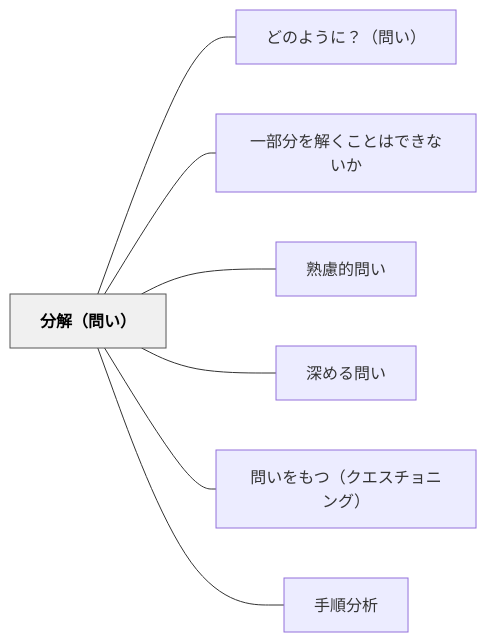
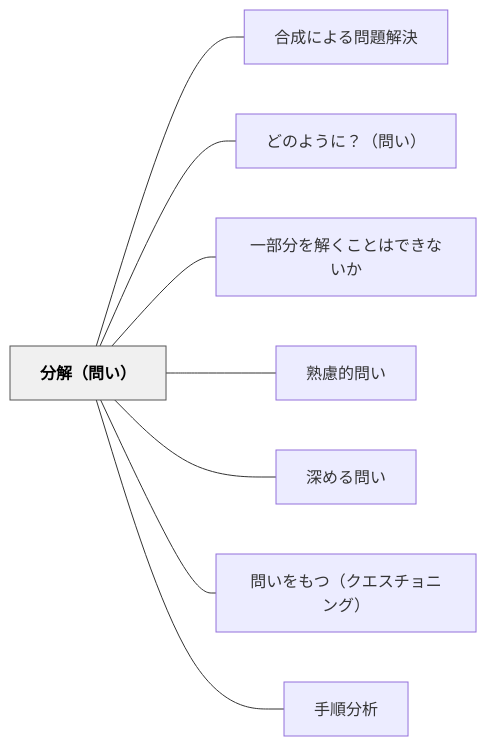
One commit to unknownthings-ed-patterns/unknownthings-ed-patterns changed the diagram in content/パタン/分解（問い）.md. Above: the diagram before and after it, drawn with Mermaid. The commit also changed other lines of this file and 15 other files, not shown here.

````diff
--- a/content/パタン/分解（問い）.md
+++ b/content/パタン/分解（問い）.md
@@ -49,20 +50,22 @@
 ```mermaid
 flowchart LR
     ne58886e8a7a3efbc88e5958fe38184efbc89["分解（問い）"]
+    ne59088e68890e381abe38288e3828be5958fe9a18ce8a7a3e6b1ba["合成による問題解決"]
     ne381a9e381aee38288e38186e381abefbc9fefbc88e5958fe38184efbc89["どのように？（問い）"]
     ne4b880e983a8e58886e38292e8a7a3e3818fe38193e381a8e381afe381a7e3818de381aae38184e3818b["一部分を解くことはできないか"]
     ne7869fe685aee79a84e5958fe38184["熟慮的問い"]
     ne6b7b1e38281e3828be5958fe38184["深める問い"]
     ne5958fe38184e38292e38282e381a4efbc88e382afe382a8e382b9e38381e383a7e3838be383b3e382b0efbc89["問いをもつ（クエスチョニング）"]
     ne6898be9a086e58886e69e90["手順分析"]
 
+    ne58886e8a7a3efbc88e5958fe38184efbc89 --- ne59088e68890e381abe38288e3828be5958fe9a18ce8a7a3e6b1ba
     ne58886e8a7a3efbc88e5958fe38184efbc89 --- ne381a9e381aee38288e38186e381abefbc9fefbc88e5958fe38184efbc89
     ne58886e8a7a3efbc88e5958fe38184efbc89 --- ne4b880e983a8e58886e38292e8a7a3e3818fe38193e381a8e381afe381a7e3818de381aae38184e3818b
     ne58886e8a7a3efbc88e5958fe38184efbc89 --- ne7869fe685aee79a84e5958fe38184
     ne58886e8a7a3efbc88e5958fe38184efbc89 --- ne6b7b1e38281e3828be5958fe38184
     ne58886e8a7a3efbc88e5958fe38184efbc89 --- ne5958fe38184e38292e38282e381a4efbc88e382afe382a8e382b9e38381e383a7e3838be383b3e382b0efbc89
     ne58886e8a7a3efbc88e5958fe38184efbc89 --- ne6898be9a086e58886e69e90
 
     classDef hub fill:#f0f0f0,stroke:#555,color:#000,font-weight:bold
     class ne58886e8a7a3efbc88e5958fe38184efbc89 hub
 ```
````
